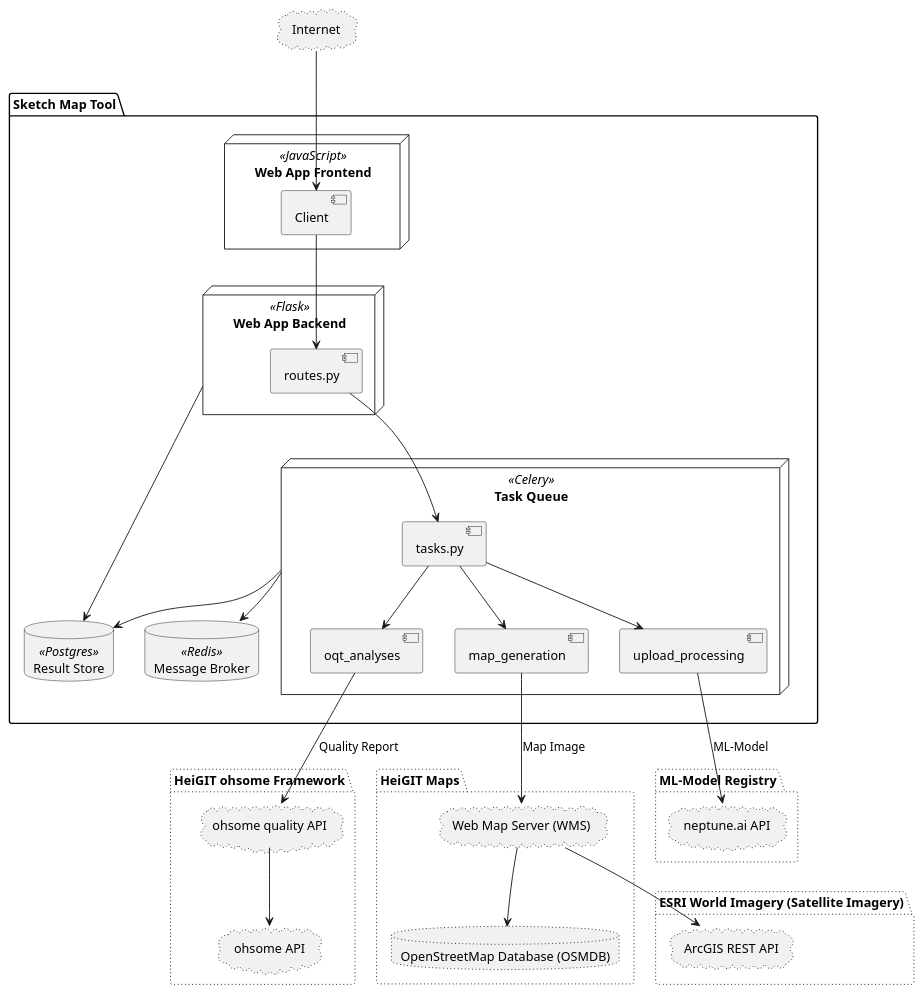
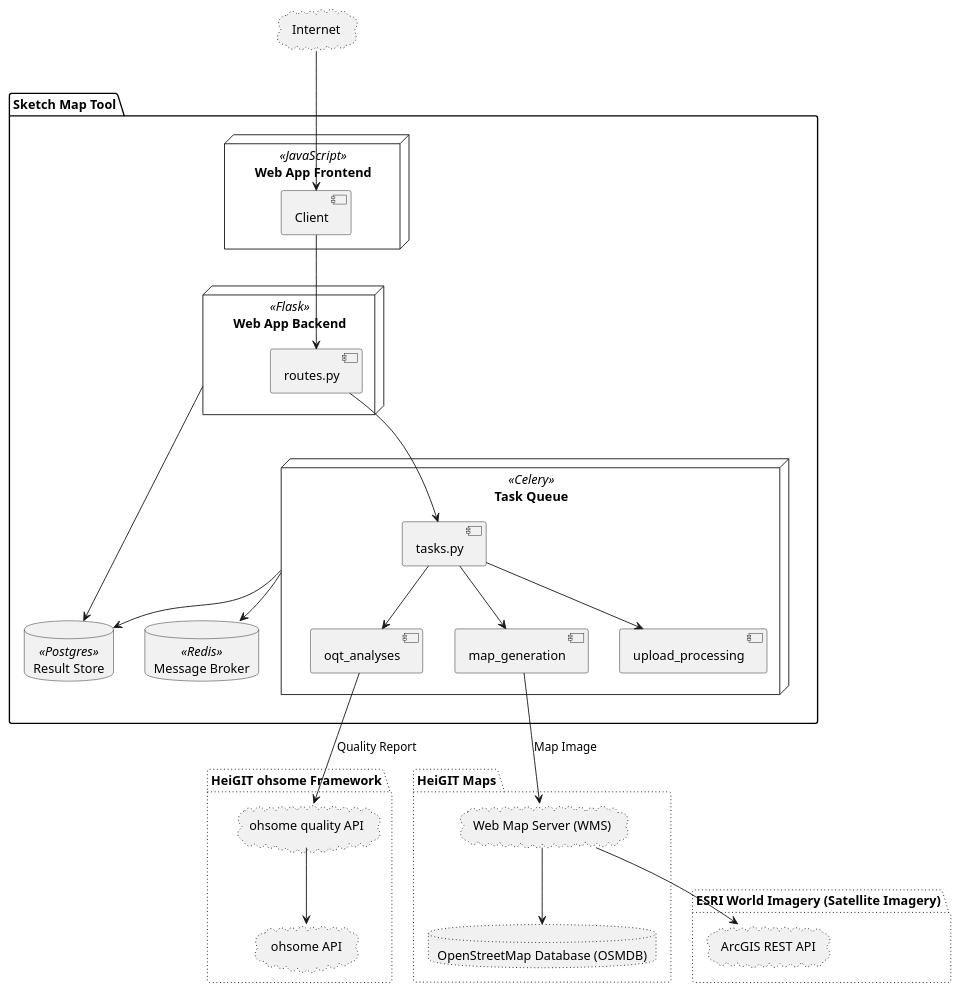
One commit to GIScience/sketch-map-tool changed the diagram in docs/component-diagram.puml. Above: the diagram before and after it, drawn with PlantUML. The commit also changed 1 other file, not shown here.

Commit message:
chore: remove remaining neptune mentioning

```diff
--- a/docs/component-diagram.puml
+++ b/docs/component-diagram.puml
@@ -1,62 +1,56 @@
 @startuml
 package "Sketch Map Tool" {
   node webclient as "Web App Frontend" <<JavaScript>> {
       component client as "Client"
     }
 
     node flask as "Web App Backend" <<Flask>> {
         component routes.py
     }
 
     node celery as "Task Queue" <<Celery>>{
         component tasks.py
         component oqt_analyses
         component map_generation
         component upload_processing
         tasks.py --> oqt_analyses
         tasks.py --> map_generation
         tasks.py --> upload_processing
     }
 
     database postgres as "Result Store" <<Postgres>>
     database redis as "Message Broker" <<Redis>>
 
     routes.py --> tasks.py
     flask -> postgres
     celery --> redis
     celery --> postgres
     client --> routes.py
 }
 
 cloud internet as "Internet" #line.dotted
 
 package "HeiGIT Maps" #line.dotted {
     cloud wms as "Web Map Server (WMS)" #line.dotted
     database osmdb as "OpenStreetMap Database (OSMDB)" #line.dotted
 
 }
 
 package "HeiGIT ohsome Framework" #line.dotted {
     cloud oqt as "ohsome quality API" #line.dotted
     cloud ohsome as "ohsome API" #line.dotted
 }
 
-package "ML-Model Registry" #line.dotted {
-    cloud neptune as "neptune.ai API" #line.dotted
-}
-
 package "ESRI World Imagery (Satellite Imagery)" #line.dotted {
     cloud arcgis as "ArcGIS REST API" #line.dotted
 }
 
 internet --> client
 
 map_generation --> wms : Map Image
 wms --> osmdb
 wms --> arcgis
 
 oqt_analyses --> oqt : Quality Report
 oqt --> ohsome
-
-upload_processing --> neptune : ML-Model
 @enduml
```
